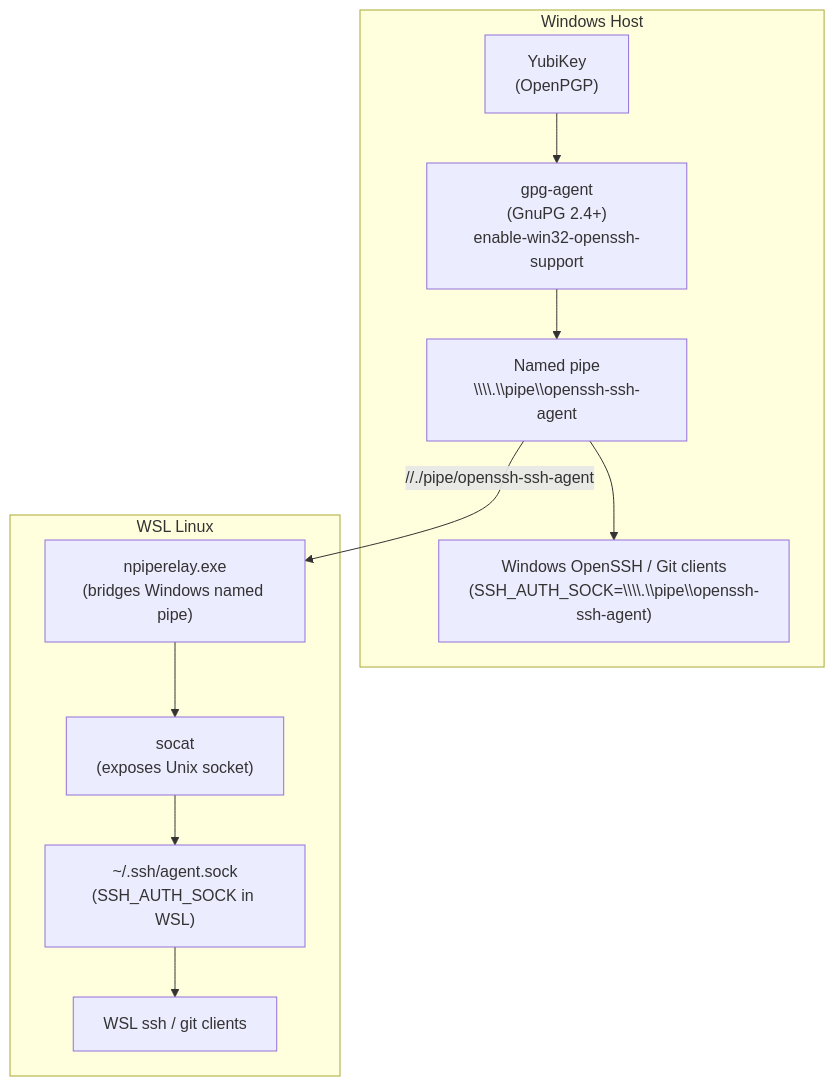
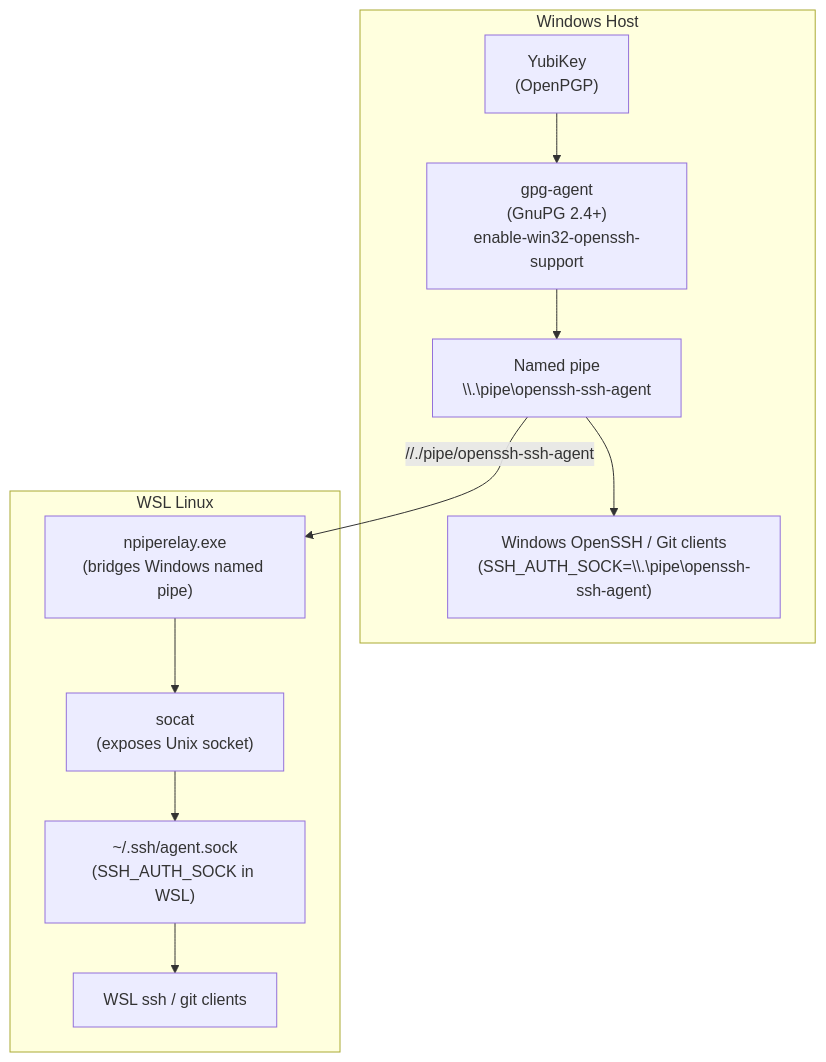
One commit to xylo04/YubiKey-Guide changed the diagram in README.md. Above: the diagram before and after it, drawn with Mermaid. The commit also changed other lines of this file, not shown here.

````diff
--- a/README.md
+++ b/README.md
@@ -1455,20 +1455,20 @@
 ```mermaid
 flowchart TD
     subgraph Windows["Windows Host"]
         YK["YubiKey\n(OpenPGP)"]
         GPA["gpg-agent\n(GnuPG 2.4+)\nenable-win32-openssh-support"]
-        PIPE["Named pipe\n\\\\.\\pipe\\openssh-ssh-agent"]
-        WINCL["Windows OpenSSH / Git clients\n(SSH_AUTH_SOCK=\\\\.\\pipe\\openssh-ssh-agent)"]
+        PIPE["Named pipe\n\\.\pipe\openssh-ssh-agent"]
+        WINCL["Windows OpenSSH / Git clients\n(SSH_AUTH_SOCK=\\.\pipe\openssh-ssh-agent)"]
         YK --> GPA --> PIPE --> WINCL
     end
 
     subgraph WSL["WSL Linux"]
         RELAY["npiperelay.exe\n(bridges Windows named pipe)"]
         SOCAT["socat\n(exposes Unix socket)"]
         SOCK["~/.ssh/agent.sock\n(SSH_AUTH_SOCK in WSL)"]
         WSLCL["WSL ssh / git clients"]
         RELAY --> SOCAT --> SOCK --> WSLCL
     end
 
     PIPE -- "//./pipe/openssh-ssh-agent" --> RELAY
 ```
````
